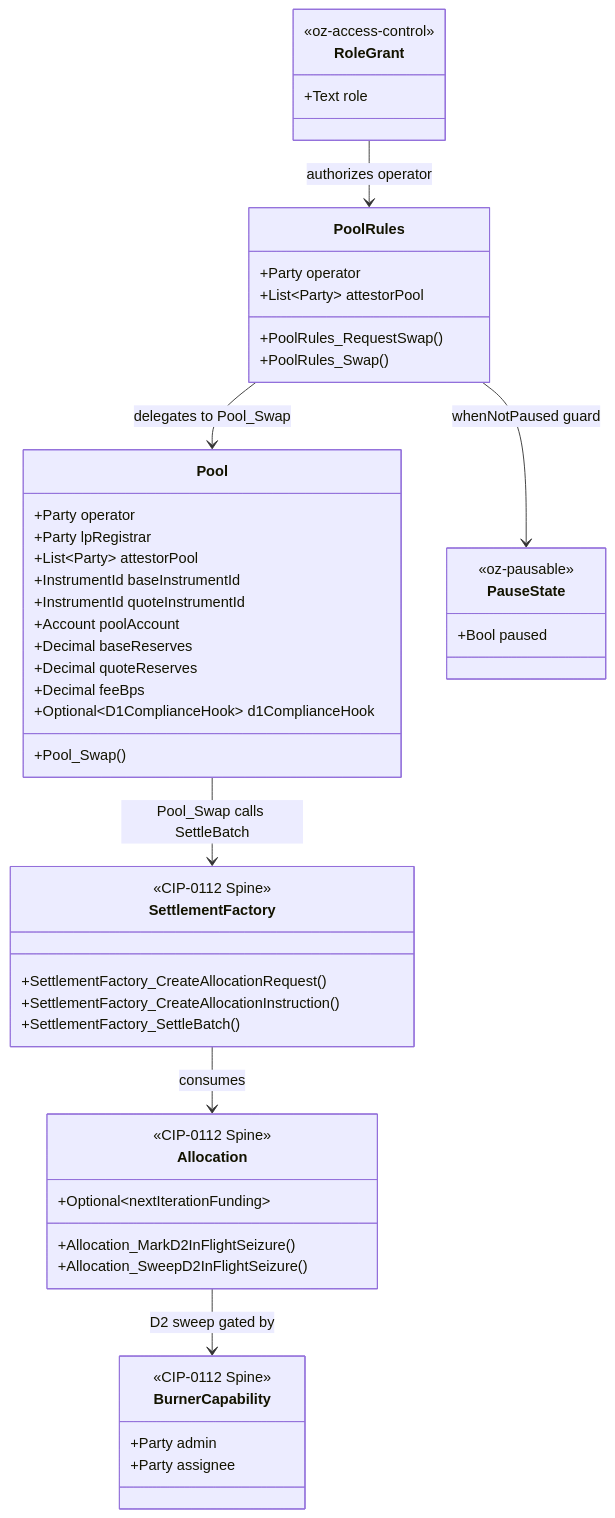
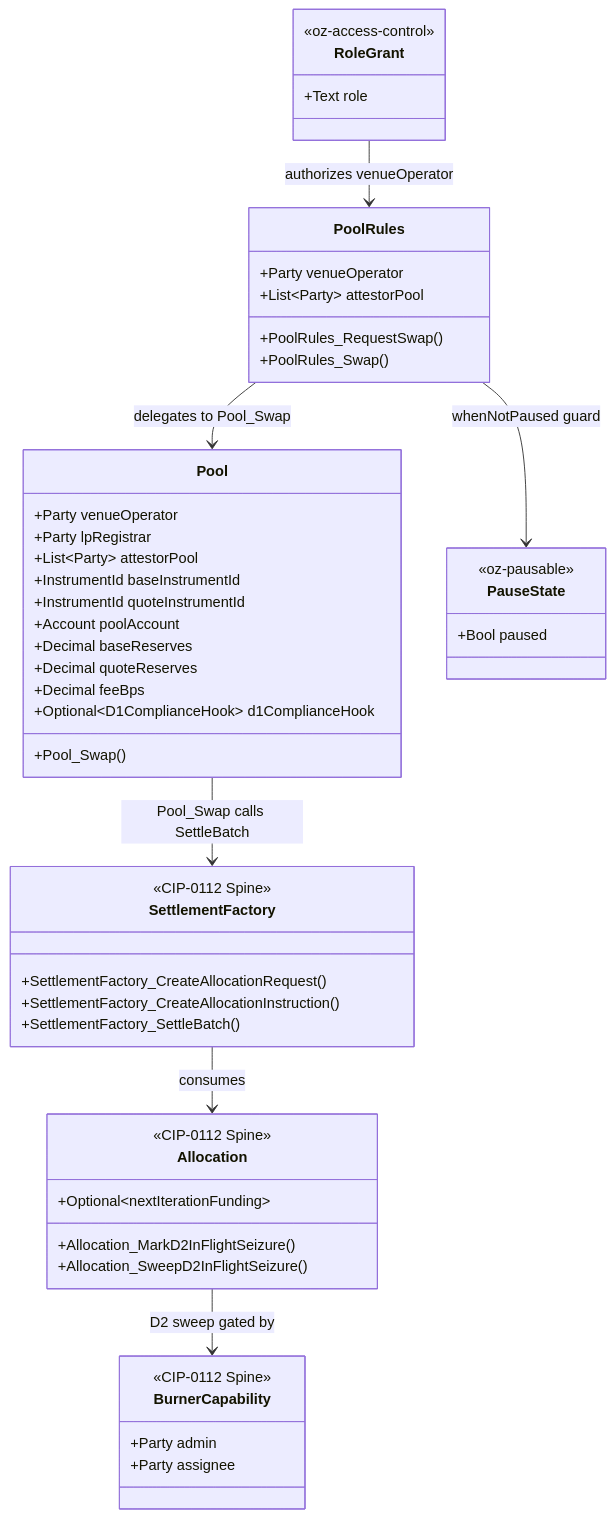
The first of 2 diagrams in docs/ri-reports/01-dex.md (OpenZeppelin/canton-specs), drawn with Mermaid before and after one commit. The commit also changed other lines of this file, not shown here.

Commit message:
Check every occurrence of admin/operator and replace where appropriate. Rename CANTON_ADMIN and CANTON_OPERATOR.

````diff
--- a/docs/ri-reports/01-dex.md
+++ b/docs/ri-reports/01-dex.md
@@ -810,54 +777,54 @@
 ```mermaid
 classDiagram
     class Pool {
-        +Party operator
+        +Party venueOperator
         +Party lpRegistrar
         +List~Party~ attestorPool
         +InstrumentId baseInstrumentId
         +InstrumentId quoteInstrumentId
         +Account poolAccount
         +Decimal baseReserves
         +Decimal quoteReserves
         +Decimal feeBps
         +Optional~D1ComplianceHook~ d1ComplianceHook
         +Pool_Swap()
     }
     class PoolRules {
-        +Party operator
+        +Party venueOperator
         +List~Party~ attestorPool
         +PoolRules_RequestSwap()
         +PoolRules_Swap()
     }
     class SettlementFactory {
         <<CIP-0112 Spine>>
         +SettlementFactory_CreateAllocationRequest()
         +SettlementFactory_CreateAllocationInstruction()
         +SettlementFactory_SettleBatch()
     }
     class Allocation {
         <<CIP-0112 Spine>>
         +Optional~nextIterationFunding~
         +Allocation_MarkD2InFlightSeizure()
         +Allocation_SweepD2InFlightSeizure()
     }
     class BurnerCapability {
         <<CIP-0112 Spine>>
         +Party admin
         +Party assignee
     }
     class RoleGrant {
         <<oz-access-control>>
         +Text role
     }
     class PauseState {
         <<oz-pausable>>
         +Bool paused
     }
 
     PoolRules --> Pool : delegates to Pool_Swap
     Pool --> SettlementFactory : Pool_Swap calls SettleBatch
     PoolRules --> PauseState : whenNotPaused guard
     SettlementFactory --> Allocation : consumes
     Allocation --> BurnerCapability : D2 sweep gated by
-    RoleGrant --> PoolRules : authorizes operator
+    RoleGrant --> PoolRules : authorizes venueOperator
 ```
````
